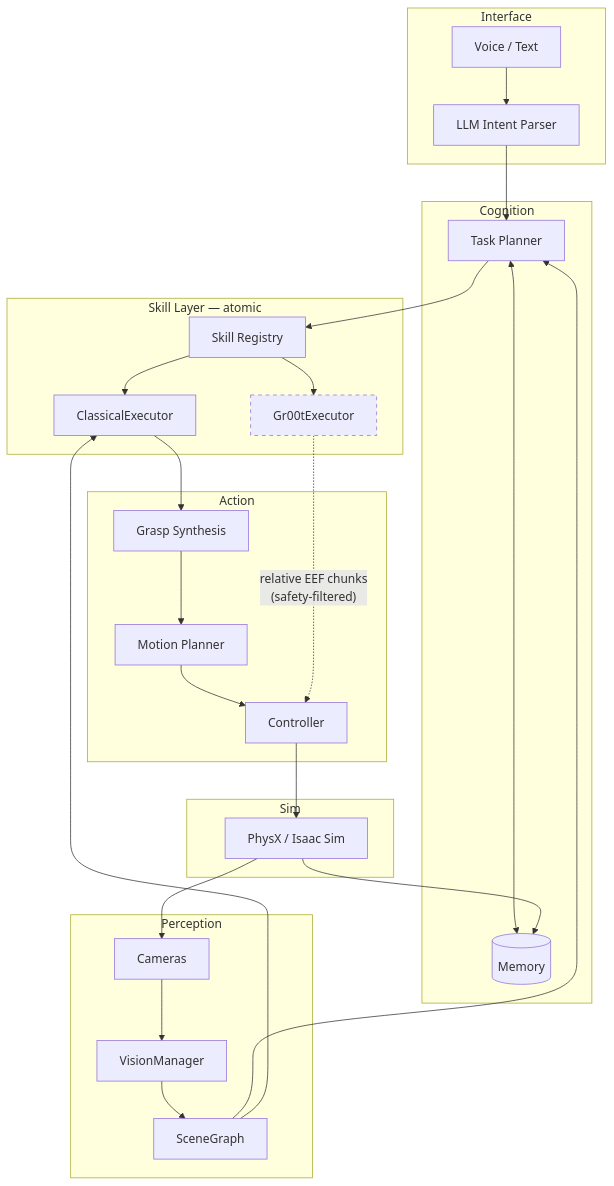
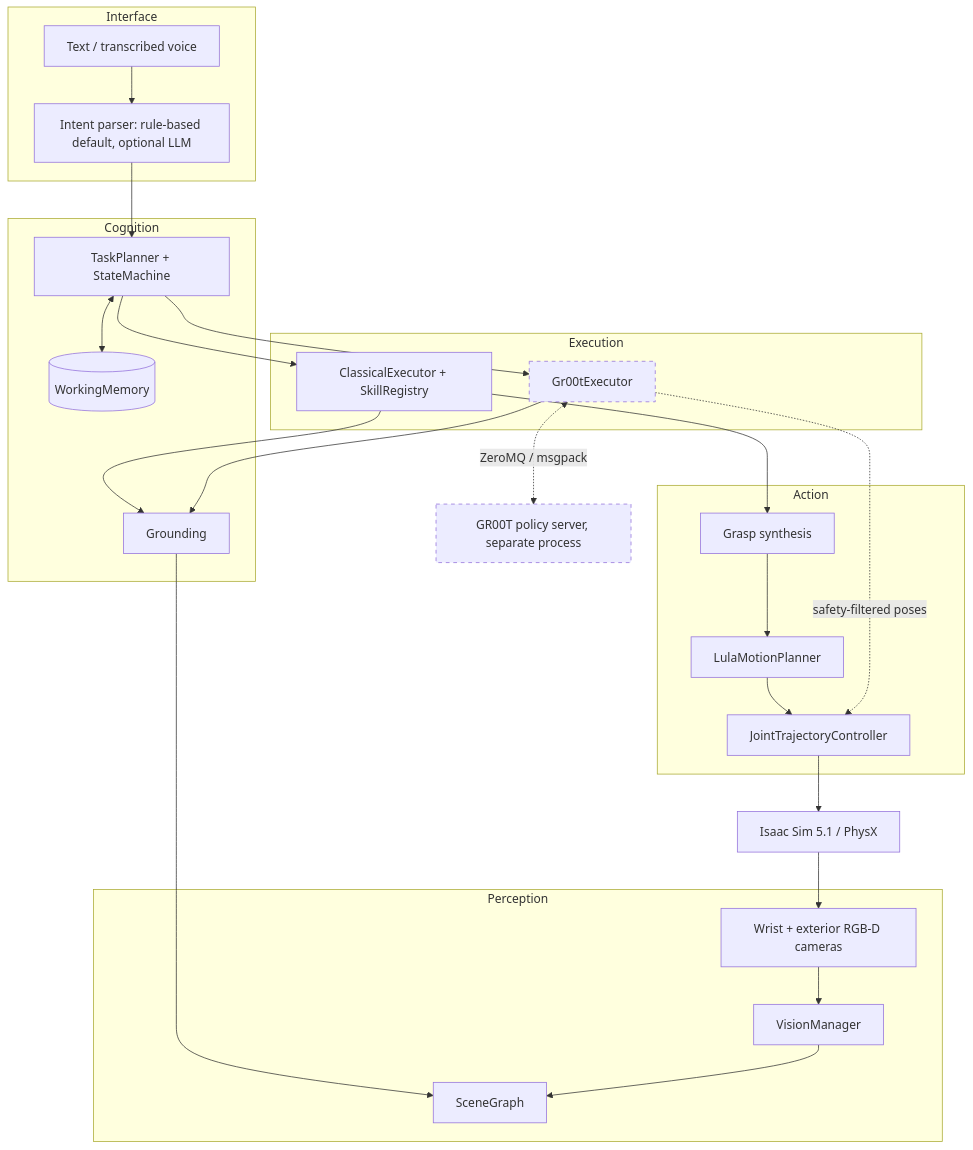
One commit to hirenmp10/capstone-team-178 changed the first of 5 diagrams in ARCHITECTURE.md. Above: the diagram before and after it, drawn with Mermaid. The commit also changed other lines of this file and 3 other files, not shown here.

````diff
--- a/ARCHITECTURE.md
+++ b/ARCHITECTURE.md
@@ -90,45 +74,45 @@
 ```mermaid
 graph TB
     subgraph Interface
-        VOICE[Voice / Text]
-        LLM[LLM Intent Parser]
+        TXT[Text / transcribed voice]
+        PARSE[Intent parser: rule-based default, optional LLM]
     end
     subgraph Cognition
-        PLAN[Task Planner]
-        MEM[(Memory)]
+        PLAN[TaskPlanner + StateMachine]
+        MEM[(WorkingMemory)]
+        GRD[Grounding]
     end
-    subgraph Skills["Skill Layer — atomic"]
-        REG[Skill Registry]
-        CLS[ClassicalExecutor]
+    subgraph Execution
+        CLS[ClassicalExecutor + SkillRegistry]
         GRT[Gr00tExecutor]
     end
     subgraph Perception
+        CAM[Wrist + exterior RGB-D cameras]
         VM[VisionManager]
-        CAM[Cameras]
         SG[SceneGraph]
     end
     subgraph Action
-        GRASP[Grasp Synthesis]
-        MOT[Motion Planner]
-        CTRL[Controller]
+        GRASP[Grasp synthesis]
+        MOT[LulaMotionPlanner]
+        CTRL[JointTrajectoryController]
     end
-    subgraph Sim
-        PHYSX[PhysX / Isaac Sim]
-    end
+    SIM[Isaac Sim 5.1 / PhysX]
+    POL[GR00T policy server, separate process]
 
-    VOICE --> LLM --> PLAN
+    TXT --> PARSE --> PLAN
     PLAN <--> MEM
-    PLAN --> REG
-    REG --> CLS
-    REG --> GRT
+    PLAN --> CLS
+    PLAN --> GRT
+    CLS --> GRD
+    GRT --> GRD
+    GRD --> SG
     CAM --> VM --> SG
-    SG --> PLAN
-    SG --> CLS
     CLS --> GRASP --> MOT --> CTRL
-    GRT -. "relative EEF chunks\n(safety-filtered)" .-> CTRL
-    CTRL --> PHYSX
-    PHYSX --> CAM
-    PHYSX --> MEM
+    GRT <-. ZeroMQ / msgpack .-> POL
+    GRT -. safety-filtered poses .-> CTRL
+    CTRL --> SIM
+    SIM --> CAM
 
     style GRT stroke-dasharray: 5 5
+    style POL stroke-dasharray: 5 5
 ```
````
